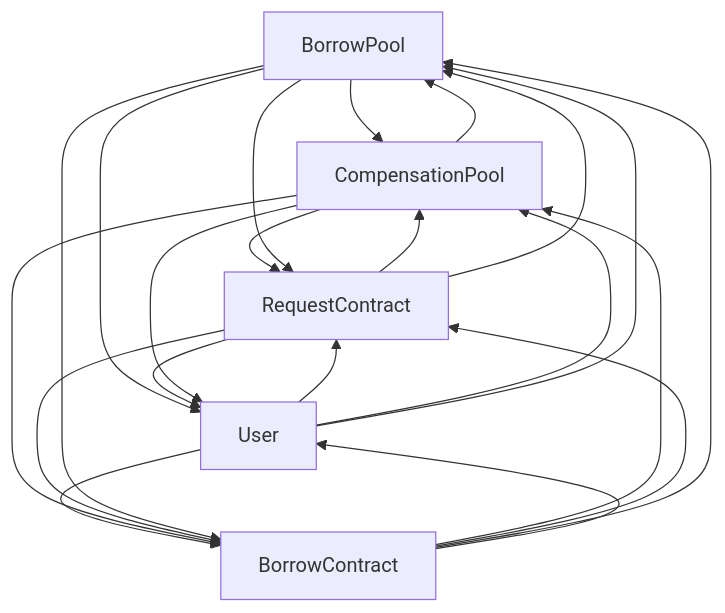
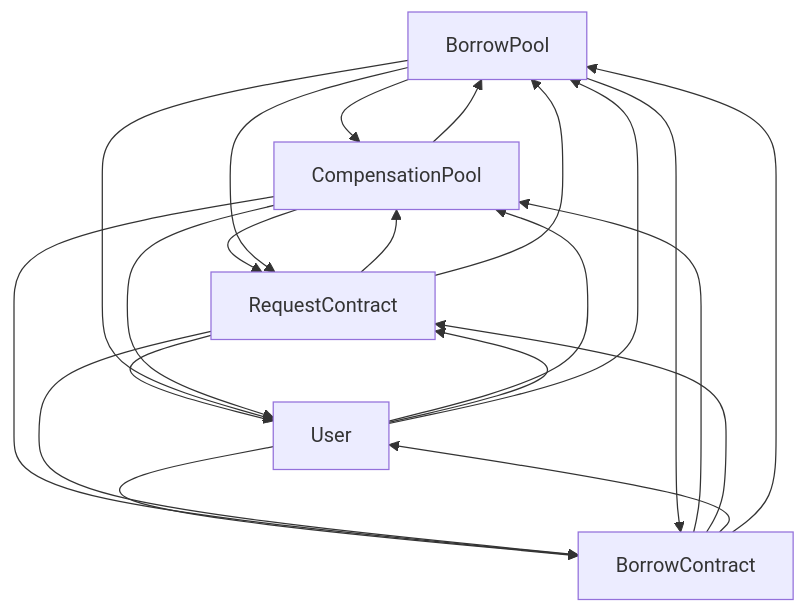
One commit to Timurhaip/contract changed the second of 2 diagrams in buildAppContract/AppContract_BorrowPool.md. Above: the diagram before and after it, drawn with Mermaid. The commit also changed other lines of this file and 333 other files, not shown here.

````diff
--- a/buildAppContract/AppContract_BorrowPool.md
+++ b/buildAppContract/AppContract_BorrowPool.md
@@ -272,24 +291,24 @@
 ```mermaid
 graph TD
 BorrowPool
 BorrowPool --> CompensationPool
 CompensationPool --> RequestContract
-RequestContract --> CompensationPool
+RequestContract --> User
+User --> CompensationPool
 CompensationPool --> BorrowPool
 BorrowPool --> User
 User --> RequestContract
-RequestContract --> BorrowPool
-BorrowPool --> RequestContract
-RequestContract --> User
-User --> CompensationPool
+RequestContract --> CompensationPool
 CompensationPool --> User
 User --> BorrowContract
 BorrowContract --> CompensationPool
 CompensationPool --> BorrowContract
 BorrowContract --> RequestContract
+RequestContract --> BorrowPool
+BorrowPool --> RequestContract
 RequestContract --> BorrowContract
-BorrowContract --> BorrowPool
-BorrowPool --> BorrowContract
 BorrowContract --> User
 User --> BorrowPool
+BorrowPool --> BorrowContract
+BorrowContract --> BorrowPool
 ```
````
